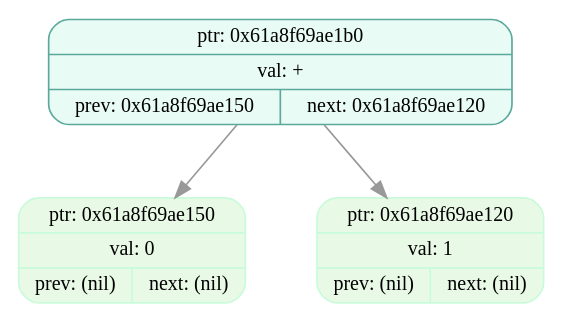
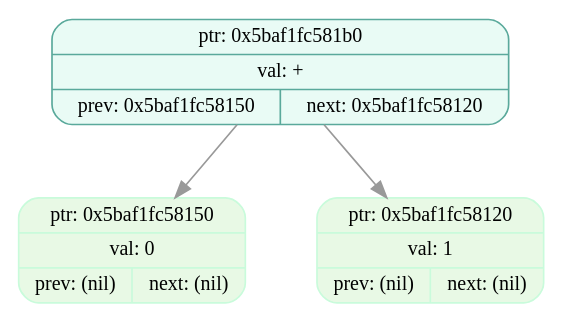
Before and after one commit to EvilTomato9890/Difference: the diagram in dumps/tree_dump_006.dot, drawn with Graphviz. The commit also changed 46 other files, not shown here.

```diff
--- a/dumps/tree_dump_006.dot
+++ b/dumps/tree_dump_006.dot
@@ -1,9 +1,9 @@
 digraph T{
   node [fontname="Fira Mono",shape=record,style="filled,rounded",fontsize=12];
   graph [splines=true, nodesep=0.6, ranksep=0.6];
-  node_0x61a8f69ae1b0[shape=record,label="{ {ptr: 0x61a8f69ae1b0} | {val: +} | { prev: 0x61a8f69ae150 | next: 0x61a8f69ae120 } }",color="#5aa99b",fillcolor="#e9fbf5"];
-  node_0x61a8f69ae150[shape=record,label="{ {ptr: 0x61a8f69ae150} | {val: 0} | { prev: (nil) | next: (nil) } }",color="#c9fbdbff",fillcolor="#e8f9e5ff"];
-  node_0x61a8f69ae120[shape=record,label="{ {ptr: 0x61a8f69ae120} | {val: 1} | { prev: (nil) | next: (nil) } }",color="#c9fbdbff",fillcolor="#e8f9e5ff"];
-  node_0x61a8f69ae1b0 -> node_0x61a8f69ae150 [color="#999999"];
-  node_0x61a8f69ae1b0 -> node_0x61a8f69ae120 [color="#999999"];
+  node_0x5baf1fc581b0[shape=record,label="{ {ptr: 0x5baf1fc581b0} | {val: +} | { prev: 0x5baf1fc58150 | next: 0x5baf1fc58120 } }",color="#5aa99b",fillcolor="#e9fbf5"];
+  node_0x5baf1fc58150[shape=record,label="{ {ptr: 0x5baf1fc58150} | {val: 0} | { prev: (nil) | next: (nil) } }",color="#c9fbdbff",fillcolor="#e8f9e5ff"];
+  node_0x5baf1fc58120[shape=record,label="{ {ptr: 0x5baf1fc58120} | {val: 1} | { prev: (nil) | next: (nil) } }",color="#c9fbdbff",fillcolor="#e8f9e5ff"];
+  node_0x5baf1fc581b0 -> node_0x5baf1fc58150 [color="#999999"];
+  node_0x5baf1fc581b0 -> node_0x5baf1fc58120 [color="#999999"];
 }
```
